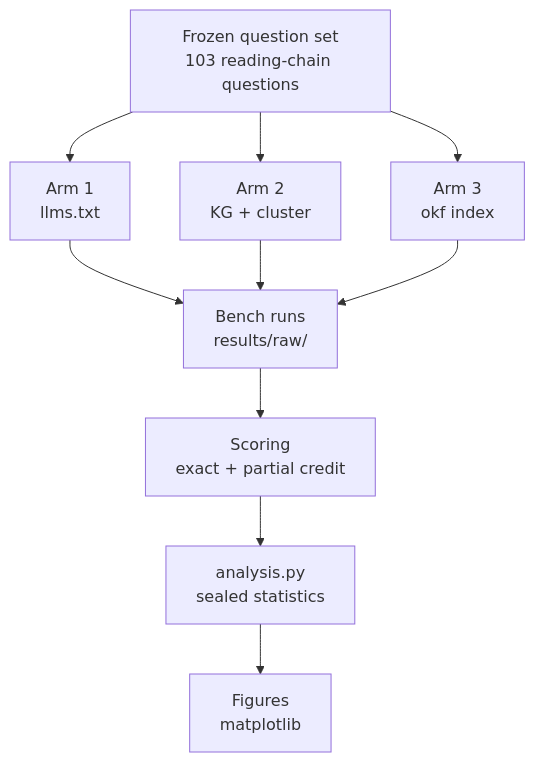
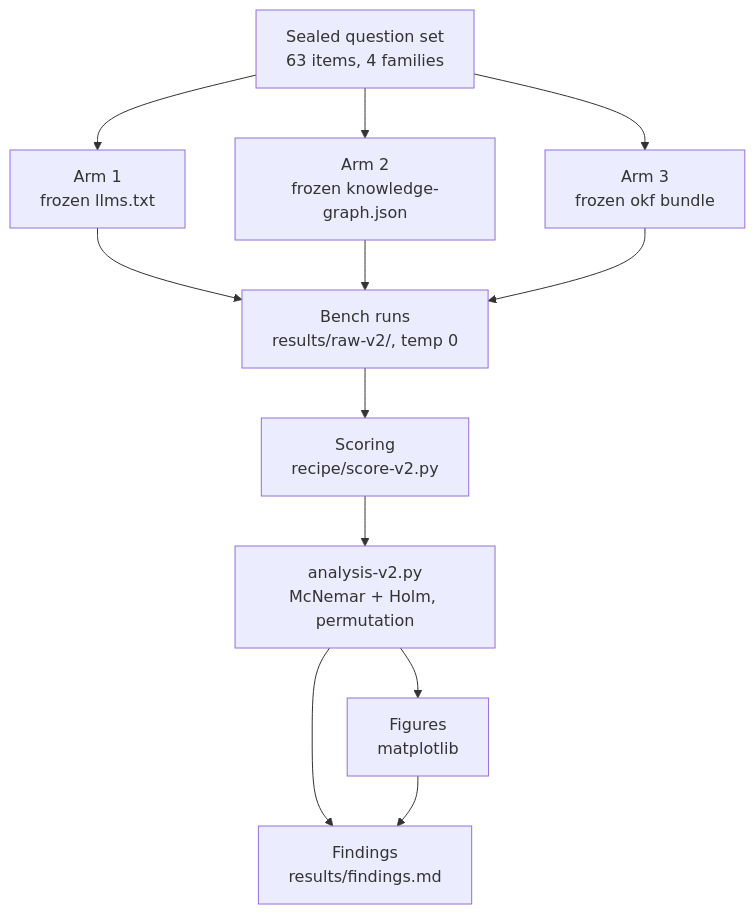
The diagram in README.md (clouatre-labs/grounding-source-exhibit), drawn with Mermaid before and after one commit. The commit also changed other lines of this file and 263 other files, not shown here.

````diff
--- a/README.md
+++ b/README.md
@@ -16,12 +26,14 @@
 ```mermaid
 graph TD
-    frozen["Frozen question set\n103 reading-chain questions"] --> arm1["Arm 1\nllms.txt"]
-    frozen --> arm2["Arm 2\nKG + cluster"]
-    frozen --> arm3["Arm 3\nokf index"]
-    arm1 --> bench["Bench runs\nresults/raw/"]
+    frozen["Sealed question set\n63 items, 4 families"] --> arm1["Arm 1\nfrozen llms.txt"]
+    frozen --> arm2["Arm 2\nfrozen knowledge-graph.json"]
+    frozen --> arm3["Arm 3\nfrozen okf bundle"]
+    arm1 --> bench["Bench runs\nresults/raw-v2/, temp 0"]
     arm2 --> bench
     arm3 --> bench
-    bench --> score["Scoring\nexact + partial credit"]
-    score --> analysis["analysis.py\nsealed statistics"]
+    bench --> score["Scoring\nrecipe/score-v2.py"]
+    score --> analysis["analysis-v2.py\nMcNemar + Holm, permutation"]
     analysis --> figures["Figures\nmatplotlib"]
+    analysis --> findings["Findings\nresults/findings.md"]
+    figures --> findings
 ```
````
